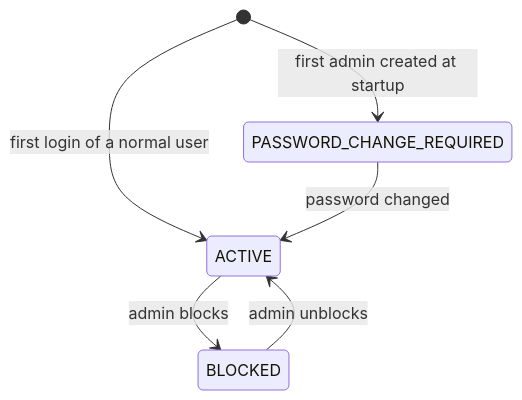
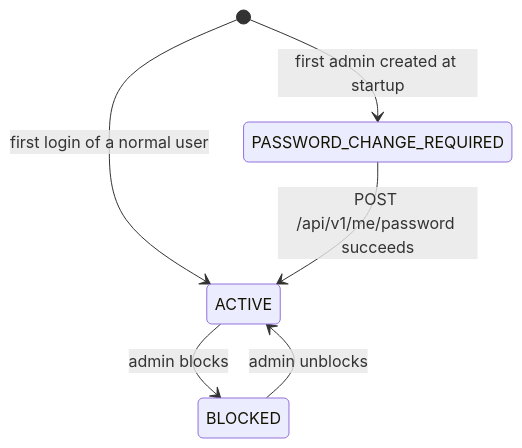
One commit to Kerolly/software_engineering_II changed the third of 4 diagrams in docs/design/states.md. Above: the diagram before and after it, drawn with Mermaid. The commit also changed other lines of this file and 2 other files, not shown here.

````diff
--- a/docs/design/states.md
+++ b/docs/design/states.md
@@ -48,8 +48,8 @@
 ```mermaid
 stateDiagram-v2
     [*] --> ACTIVE : first login of a normal user
     [*] --> PASSWORD_CHANGE_REQUIRED : first admin created at startup
-    PASSWORD_CHANGE_REQUIRED --> ACTIVE : password changed
+    PASSWORD_CHANGE_REQUIRED --> ACTIVE : POST /api/v1/me/password succeeds
     ACTIVE --> BLOCKED : admin blocks
     BLOCKED --> ACTIVE : admin unblocks
 ```
````
